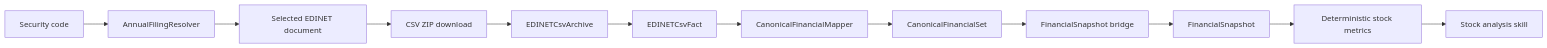
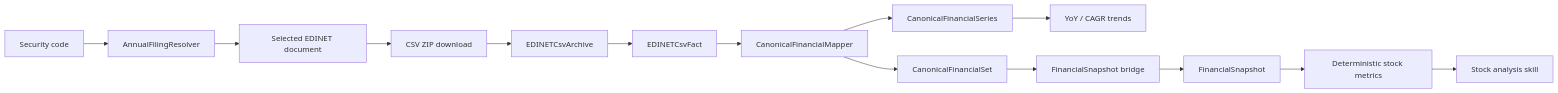
One commit to InvestorX/universal-stock-skill changed the diagram in docs/edinet-pipeline.md. Above: the diagram before and after it, drawn with Mermaid. The commit also changed other lines of this file, not shown here.

Commit message:
docs: add historical series flow to EDINET pipeline

```diff
--- a/docs/edinet-pipeline.md
+++ b/docs/edinet-pipeline.md
@@ -7,14 +7,16 @@
 ~~~mermaid
 flowchart LR
     S[Security code] --> R[AnnualFilingResolver]
     R --> D[Selected EDINET document]
     D --> Z[CSV ZIP download]
     Z --> P[EDINETCsvArchive]
     P --> F[EDINETCsvFact]
     F --> C[CanonicalFinancialMapper]
     C --> CF[CanonicalFinancialSet]
+    C --> TS[CanonicalFinancialSeries]
+    TS --> TR[YoY / CAGR trends]
     CF --> B[FinancialSnapshot bridge]
     B --> FS[FinancialSnapshot]
     FS --> M[Deterministic stock metrics]
     M --> A[Stock analysis skill]
 ~~~
```
